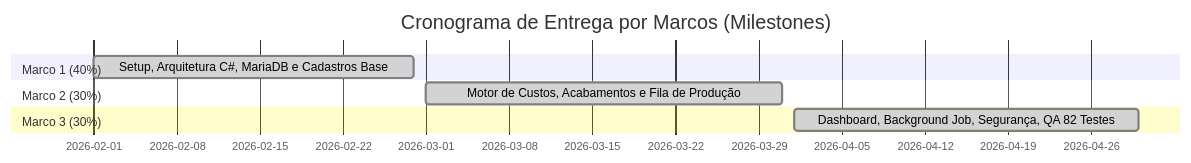
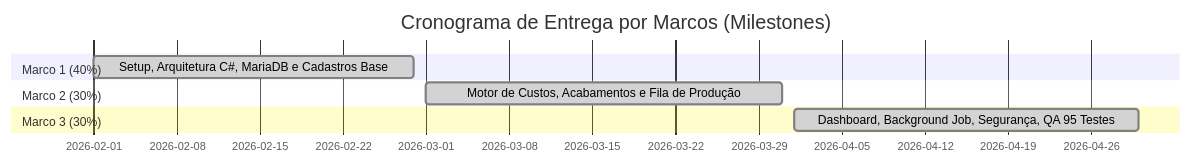
The second of 2 diagrams in docs/PROPOSTA COMERCIAL/Documento_Proposta_Comercial.md (FelipeSilveiraP/TRABALHO_GRADUACAO_FATEC), drawn with Mermaid before and after one commit. The commit also changed other lines of this file and 147 other files, not shown here.

````diff
--- a/docs/PROPOSTA COMERCIAL/Documento_Proposta_Comercial.md
+++ b/docs/PROPOSTA COMERCIAL/Documento_Proposta_Comercial.md
@@ -132,11 +132,11 @@
 ```mermaid
 gantt
     title Cronograma de Entrega por Marcos (Milestones)
     dateFormat  YYYY-MM-DD
     section Marco 1 (40%)
     Setup, Arquitetura C#, MariaDB e Cadastros Base :done, m1, 2026-02-01, 2026-02-28
     section Marco 2 (30%)
     Motor de Custos, Acabamentos e Fila de Produção :done, m2, 2026-03-01, 2026-03-31
     section Marco 3 (30%)
-    Dashboard, Background Job, Segurança, QA 82 Testes :done, m3, 2026-04-01, 2026-04-30
+    Dashboard, Background Job, Segurança, QA 95 Testes :done, m3, 2026-04-01, 2026-04-30
 ```
````
